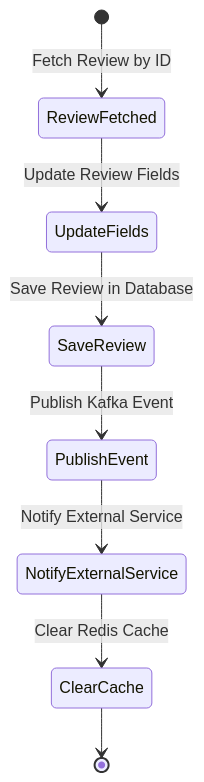
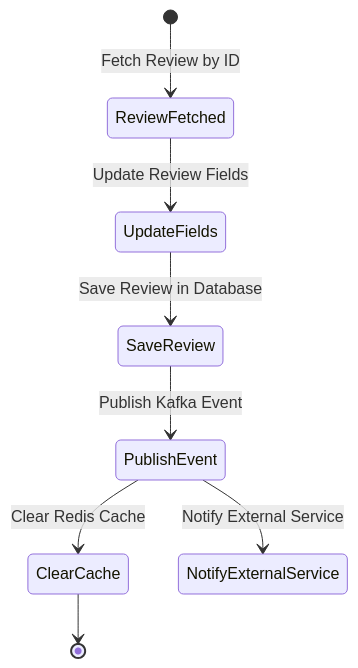
One commit to chudikm/cloud_talk_assignment changed the third of 5 diagrams in README.md. Above: the diagram before and after it, drawn with Mermaid.

````diff
--- a/README.md
+++ b/README.md
@@ -113,10 +113,10 @@
 ```mermaid
 stateDiagram-v2
     [*] --> ReviewFetched : Fetch Review by ID
     ReviewFetched --> UpdateFields : Update Review Fields
     UpdateFields --> SaveReview : Save Review in Database
     SaveReview --> PublishEvent : Publish Kafka Event
+    PublishEvent --> ClearCache : Clear Redis Cache
     PublishEvent --> NotifyExternalService : Notify External Service
-    NotifyExternalService --> ClearCache : Clear Redis Cache
     ClearCache --> [*]
 ```
````
